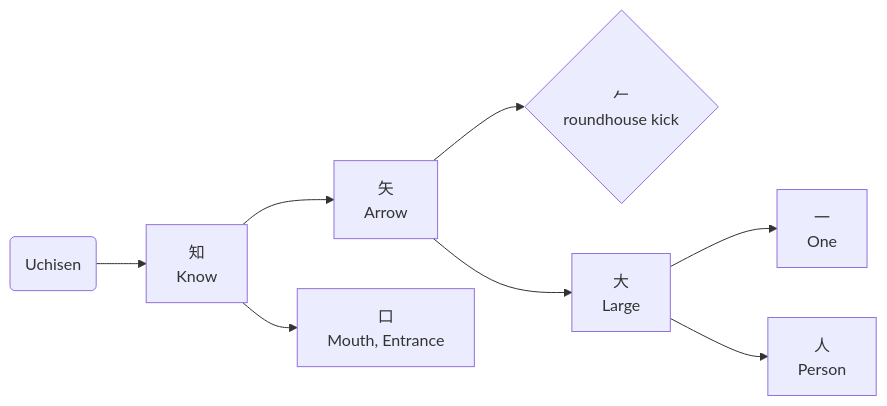
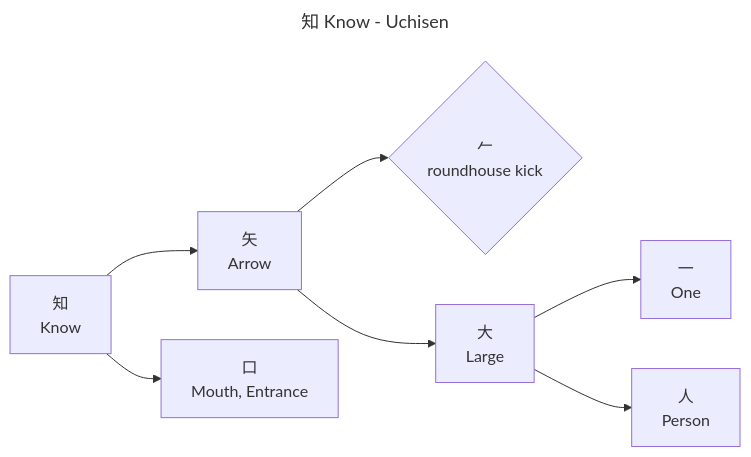
One commit to tandoku/tandoku changed the diagram in scripts/experiment/GenerateCharacterDecompGraph.spec.md. Above: the diagram before and after it, drawn with Mermaid. The commit also changed 2 other files, not shown here.

Commit message:
GenerateCharacterDecompGraph replace source node with graph title

````diff
--- a/scripts/experiment/GenerateCharacterDecompGraph.spec.md
+++ b/scripts/experiment/GenerateCharacterDecompGraph.spec.md
@@ -37,31 +37,33 @@
 ```mermaid
+---
+title: 知 Know - Uchisen
+---
 graph LR
-    Uchisen(Uchisen) --> Know
     Know --> Arrow
     Know --> Mouth
     Arrow --> roundhouse_kick
     Arrow --> Large
     Large --> One
     Large --> Person
     
     Know[知<br/>Know]
     click Know "https://uchisen.com/kanji/%E7%9F%A5"
     
     Arrow[矢<br/>Arrow]
     click Arrow "https://uchisen.com/kanji/%E7%9F%A2"
     
     Mouth[口<br/>Mouth, Entrance]
     click Mouth "https://uchisen.com/kanji/%E5%8F%A3"
     
     roundhouse_kick{𠂉<br/>roundhouse kick}
     click roundhouse_kick "https://uchisen.com/primes/roundhouse+kick"
     
     Large[大<br/>Large]
     click Large "https://uchisen.com/kanji/%E5%A4%A7"
     
     One[一<br/>One]
     click One "https://uchisen.com/kanji/%E4%B8%80"
     
     Person[人<br/>Person]
     click Person "https://uchisen.com/kanji/%E4%BA%BA"
 ```
````
